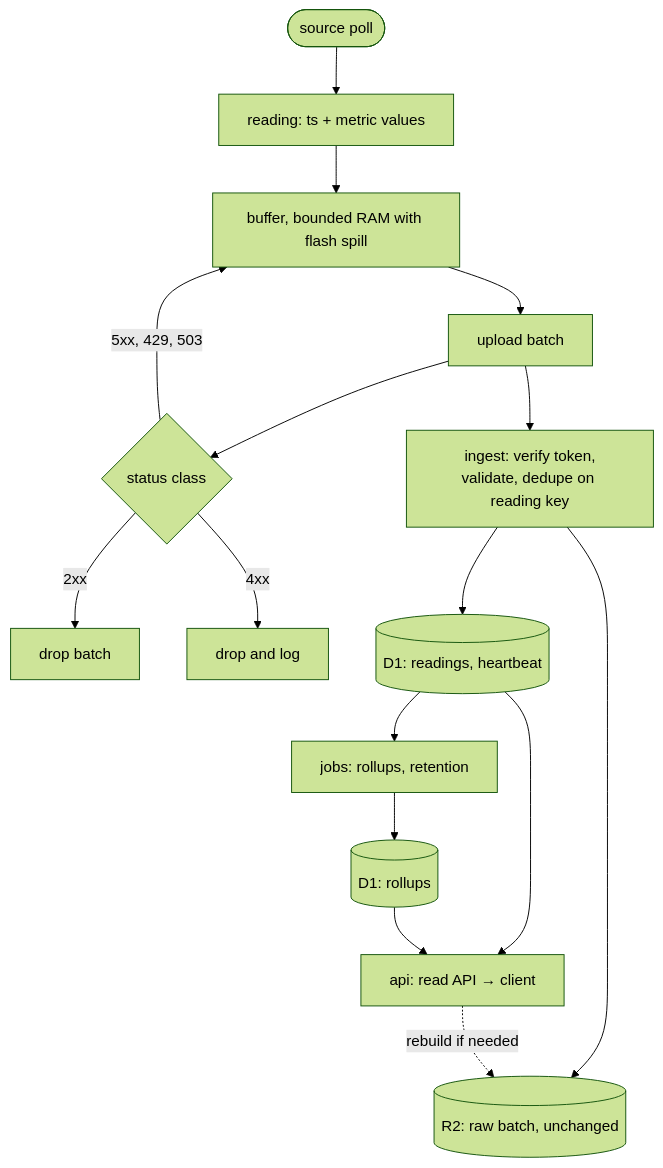
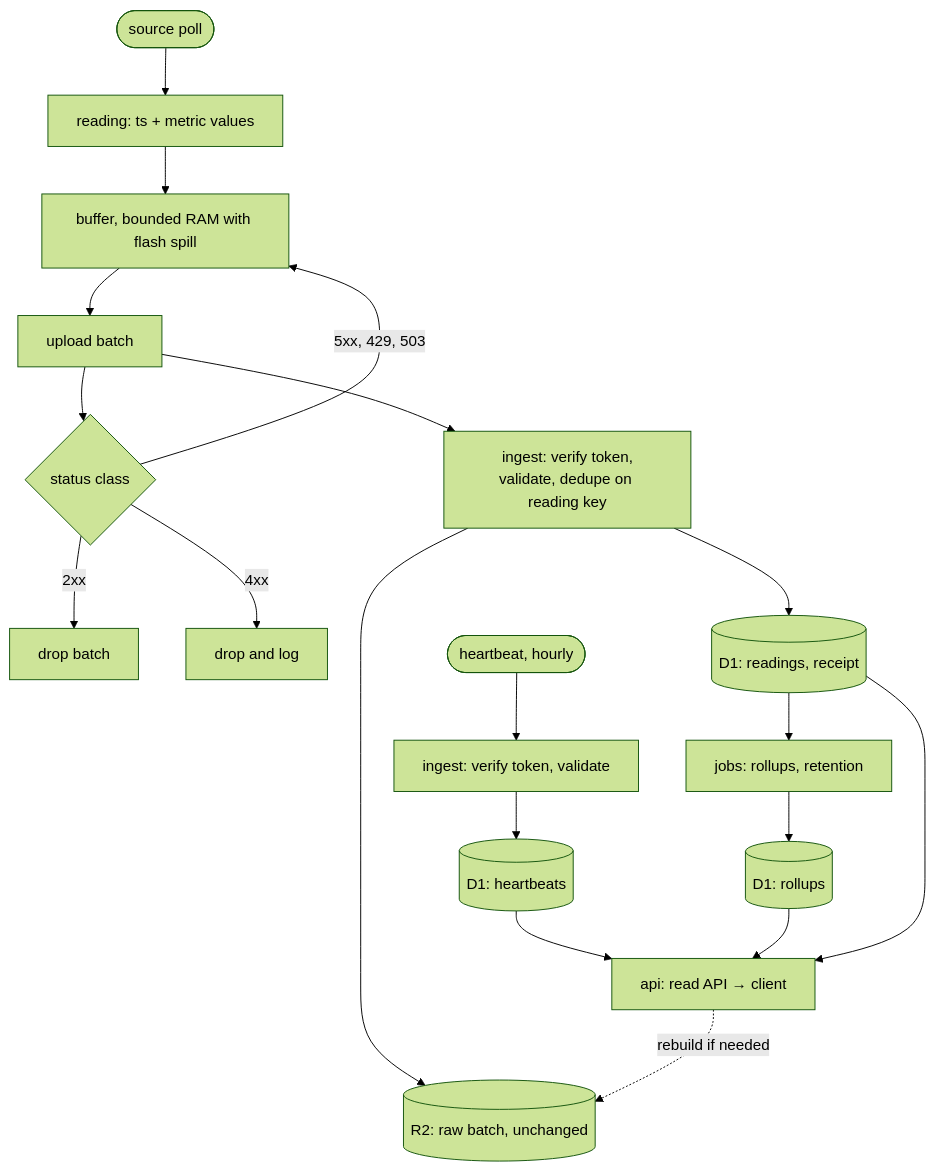
One commit to fabbrito/magellan-cloud changed the second of 2 diagrams in docs/DESIGN.md. Above: the diagram before and after it, drawn with Mermaid (forest theme). The commit also changed other lines of this file and 39 other files, not shown here.

````diff
--- a/docs/DESIGN.md
+++ b/docs/DESIGN.md
@@ -239,18 +250,21 @@
 ```mermaid
 flowchart TD
     A([source poll]) --> B[reading: ts + metric values]
     B --> C[buffer, bounded RAM with flash spill]
     C --> D[upload batch]
     D --> E{status class}
     E -->|2xx| F[drop batch]
     E -->|4xx| G[drop and log]
     E -->|5xx, 429, 503| C
     D --> H[ingest: verify token,<br/>validate, dedupe on reading key]
     H --> I[(R2: raw batch, unchanged)]
-    H --> J[(D1: readings, heartbeat)]
+    H --> J[(D1: readings, receipt)]
+    N([heartbeat, hourly]) --> O[ingest: verify token, validate]
+    O --> P[(D1: heartbeats)]
     J --> K[jobs: rollups, retention]
     K --> L[(D1: rollups)]
     J --> M[api: read API → client]
+    P --> M
     L --> M
     M -.->|rebuild if needed| I
 ```
````
